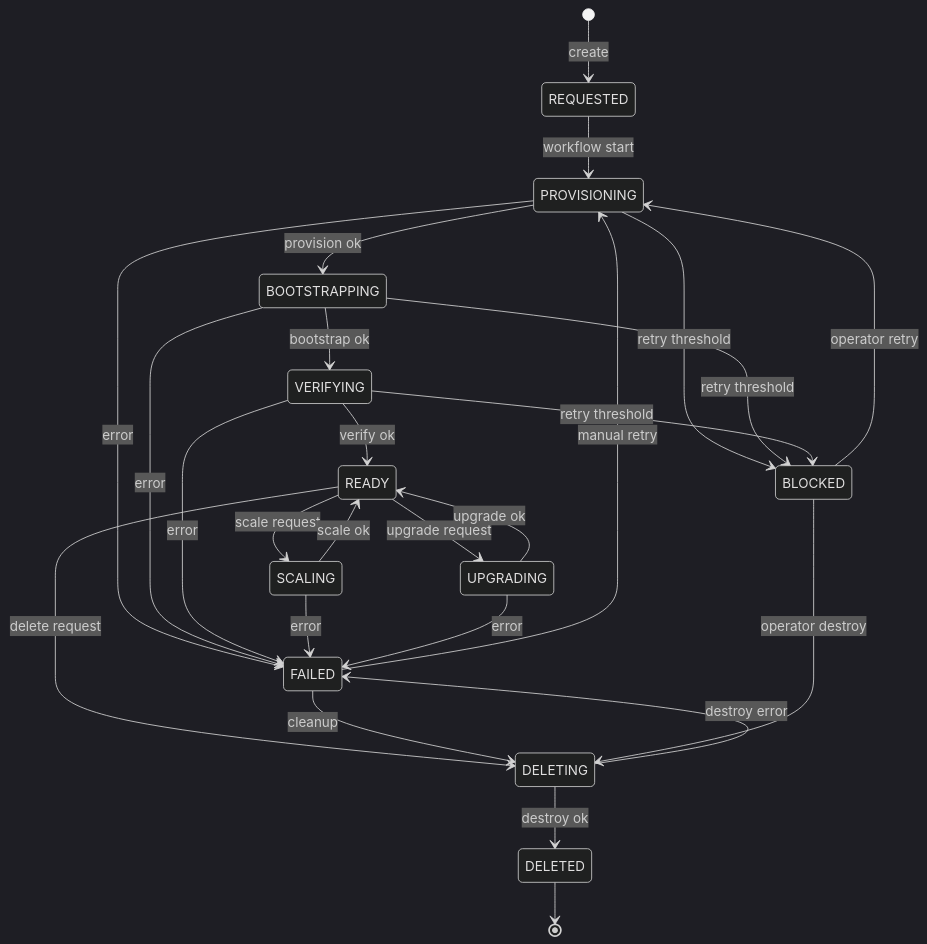
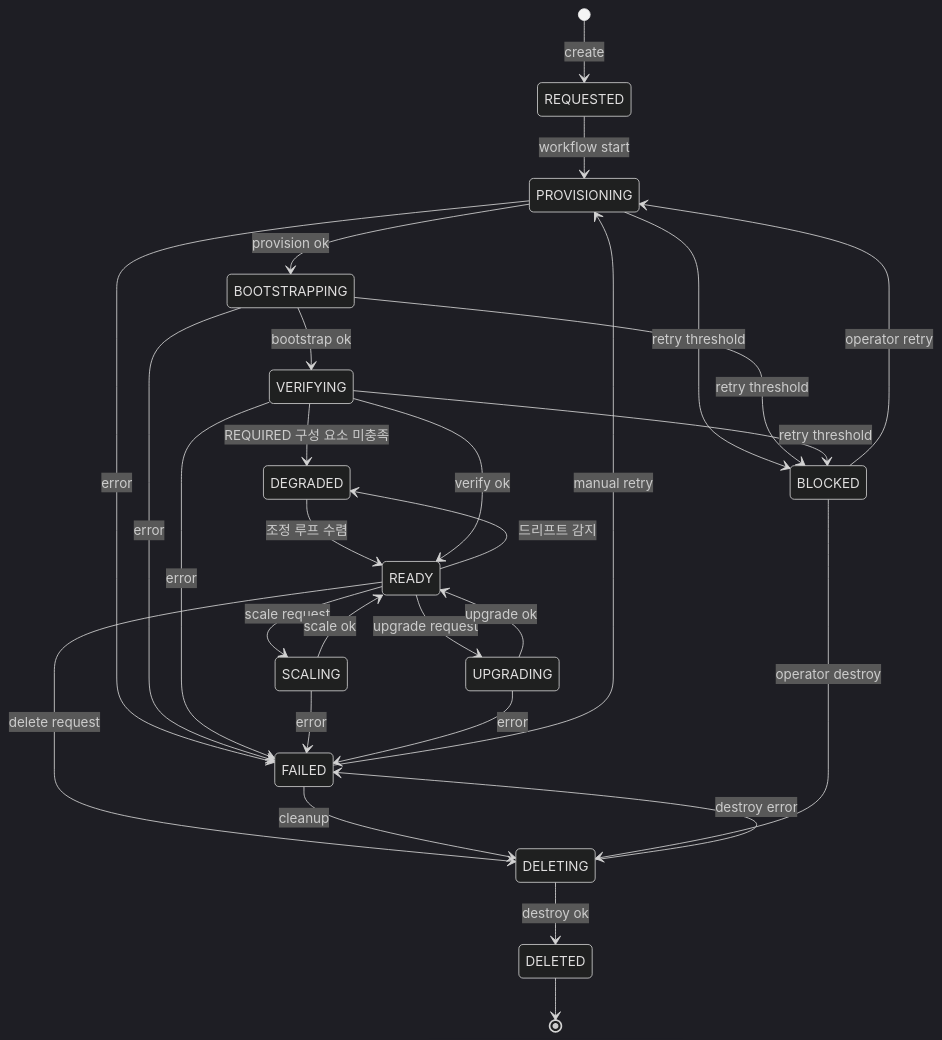
The diagram in docs/architecture/vmcluster-state-machine.md (ai-paas/any-cloud-management), drawn with Mermaid (dark theme) before and after one commit. The commit also changed other lines of this file and 131 other files, not shown here.

````diff
--- a/docs/architecture/vmcluster-state-machine.md
+++ b/docs/architecture/vmcluster-state-machine.md
@@ -24,33 +25,36 @@
 ```mermaid
 stateDiagram-v2
     [*] --> REQUESTED: create
     REQUESTED --> PROVISIONING: workflow start
     PROVISIONING --> BOOTSTRAPPING: provision ok
+    VERIFYING --> DEGRADED: REQUIRED 구성 요소 미충족
+    DEGRADED --> READY: 조정 루프 수렴
+    READY --> DEGRADED: 드리프트 감지
     BOOTSTRAPPING --> VERIFYING: bootstrap ok
     VERIFYING --> READY: verify ok
 
     READY --> SCALING: scale request
     SCALING --> READY: scale ok
     READY --> UPGRADING: upgrade request
     UPGRADING --> READY: upgrade ok
 
     READY --> DELETING: delete request
     DELETING --> DELETED: destroy ok
     DELETED --> [*]
 
     PROVISIONING --> FAILED: error
     BOOTSTRAPPING --> FAILED: error
     VERIFYING --> FAILED: error
     SCALING --> FAILED: error
     UPGRADING --> FAILED: error
     DELETING --> FAILED: destroy error
 
     PROVISIONING --> BLOCKED: retry threshold
     BOOTSTRAPPING --> BLOCKED: retry threshold
     VERIFYING --> BLOCKED: retry threshold
 
     FAILED --> PROVISIONING: manual retry
     FAILED --> DELETING: cleanup
     BLOCKED --> PROVISIONING: operator retry
     BLOCKED --> DELETING: operator destroy
 ```
````
